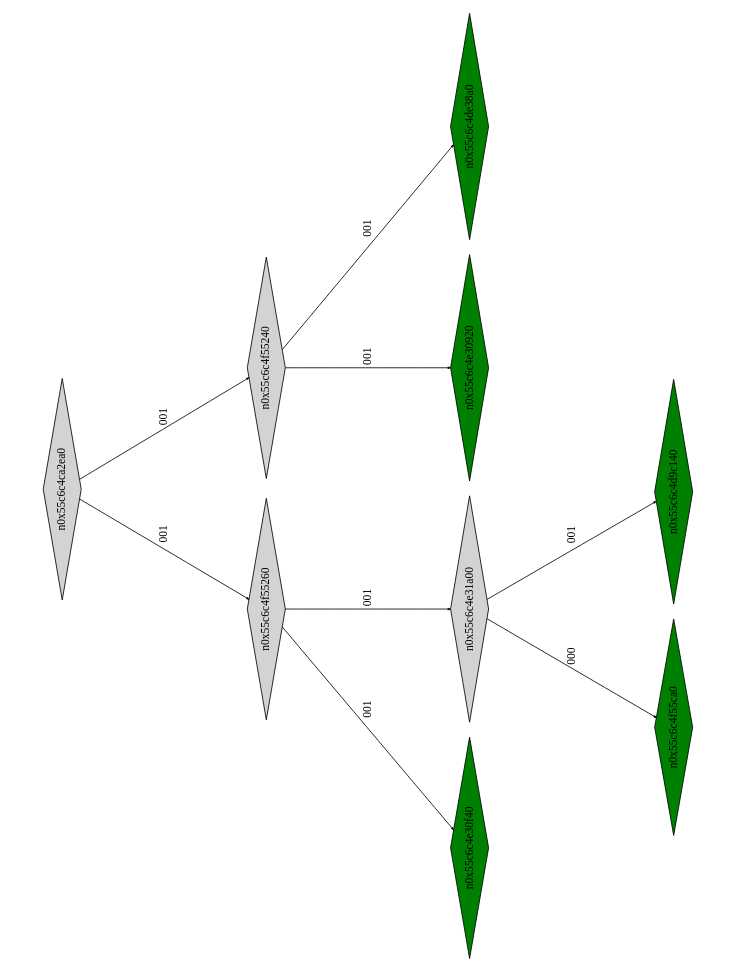
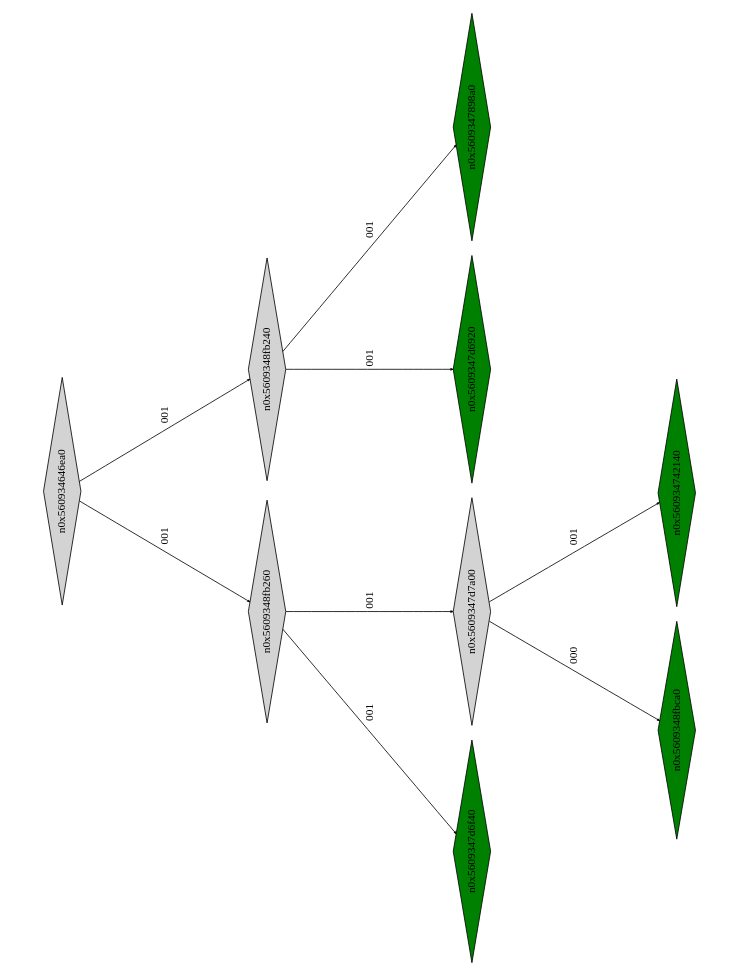
One commit to Research-Tools-PAVT/PSE-Program-Examples changed the diagram in montyhall_klee_out/ptree_00000818.dot. Above: the diagram before and after it, drawn with Graphviz. The commit also changed 80 other files, not shown here.

```diff
--- a/montyhall_klee_out/ptree_00000818.dot
+++ b/montyhall_klee_out/ptree_00000818.dot
@@ -1,25 +1,25 @@
 digraph G {
 	size="10,7.5";
 	ratio=fill;
 	rotate=90;
 	center = "true";
 	node [style="filled",width=.1,height=.1,fontname="Terminus"]
 	edge [arrowsize=.3]
-	n0x55c6c4ca2ea0 [shape=diamond];
-	n0x55c6c4ca2ea0 -> n0x55c6c4f55260 [label=001];
-	n0x55c6c4ca2ea0 -> n0x55c6c4f55240 [label=001];
-	n0x55c6c4f55240 [shape=diamond];
-	n0x55c6c4f55240 -> n0x55c6c4e30920 [label=001];
-	n0x55c6c4f55240 -> n0x55c6c4de38a0 [label=001];
-	n0x55c6c4de38a0 [shape=diamond,fillcolor=green];
-	n0x55c6c4e30920 [shape=diamond,fillcolor=green];
-	n0x55c6c4f55260 [shape=diamond];
-	n0x55c6c4f55260 -> n0x55c6c4e30f40 [label=001];
-	n0x55c6c4f55260 -> n0x55c6c4e31a00 [label=001];
-	n0x55c6c4e31a00 [shape=diamond];
-	n0x55c6c4e31a00 -> n0x55c6c4f55ca0 [label=000];
-	n0x55c6c4e31a00 -> n0x55c6c4d9c140 [label=001];
-	n0x55c6c4d9c140 [shape=diamond,fillcolor=green];
-	n0x55c6c4f55ca0 [shape=diamond,fillcolor=green];
-	n0x55c6c4e30f40 [shape=diamond,fillcolor=green];
+	n0x560934646ea0 [shape=diamond];
+	n0x560934646ea0 -> n0x5609348fb260 [label=001];
+	n0x560934646ea0 -> n0x5609348fb240 [label=001];
+	n0x5609348fb240 [shape=diamond];
+	n0x5609348fb240 -> n0x5609347d6920 [label=001];
+	n0x5609348fb240 -> n0x5609347898a0 [label=001];
+	n0x5609347898a0 [shape=diamond,fillcolor=green];
+	n0x5609347d6920 [shape=diamond,fillcolor=green];
+	n0x5609348fb260 [shape=diamond];
+	n0x5609348fb260 -> n0x5609347d6f40 [label=001];
+	n0x5609348fb260 -> n0x5609347d7a00 [label=001];
+	n0x5609347d7a00 [shape=diamond];
+	n0x5609347d7a00 -> n0x5609348fbca0 [label=000];
+	n0x5609347d7a00 -> n0x560934742140 [label=001];
+	n0x560934742140 [shape=diamond,fillcolor=green];
+	n0x5609348fbca0 [shape=diamond,fillcolor=green];
+	n0x5609347d6f40 [shape=diamond,fillcolor=green];
 }
```
